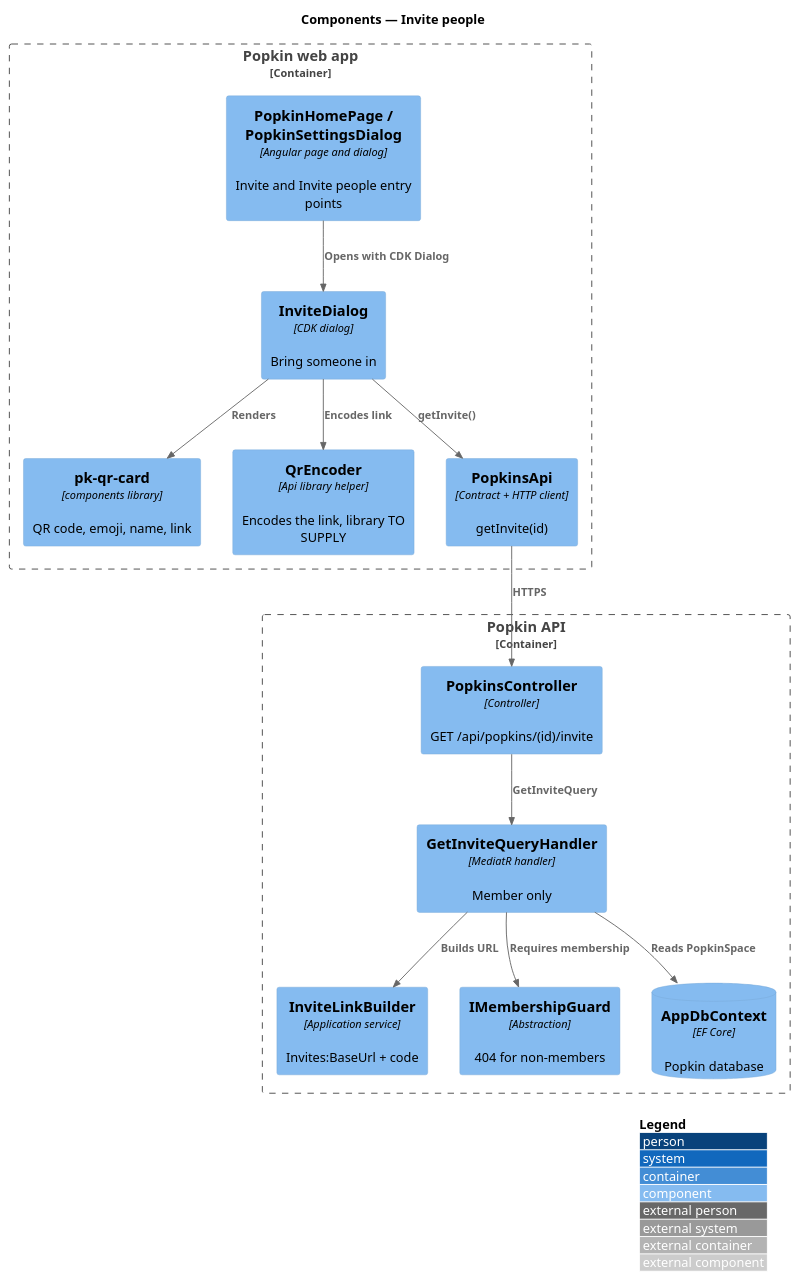
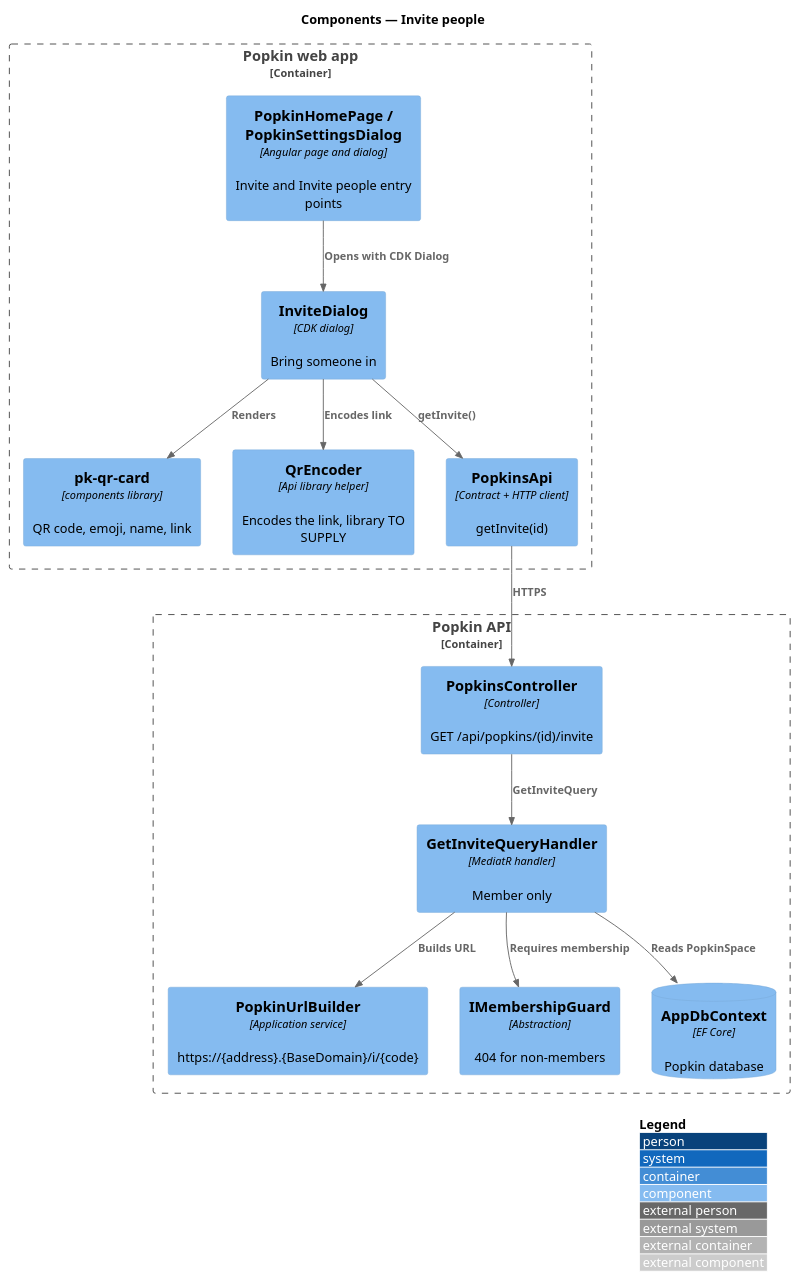
The diagram in docs/detailed-designs/invitations/invite-people/diagrams/c4-component.puml (QuinntyneBrown/popkin), drawn with PlantUML before and after one commit. The commit also changed 71 other files, not shown here.

First line of the commit message:
Design a Popkin's own address

```diff
--- a/docs/detailed-designs/invitations/invite-people/diagrams/c4-component.puml
+++ b/docs/detailed-designs/invitations/invite-people/diagrams/c4-component.puml
@@ -1,29 +1,29 @@
 @startuml
 !include <C4/C4_Component>
 LAYOUT_WITH_LEGEND()
 title Components — Invite people
 
 Container_Boundary(spa, "Popkin web app") {
   Component(home, "PopkinHomePage / PopkinSettingsDialog", "Angular page and dialog", "Invite and Invite people entry points")
   Component(dlg, "InviteDialog", "CDK dialog", "Bring someone in")
   Component(qr, "pk-qr-card", "components library", "QR code, emoji, name, link")
   Component(enc, "QrEncoder", "Api library helper", "Encodes the link, library TO SUPPLY")
   Component(papi, "PopkinsApi", "Contract + HTTP client", "getInvite(id)")
 }
 Container_Boundary(api, "Popkin API") {
   Component(ctrl, "PopkinsController", "Controller", "GET /api/popkins/(id)/invite")
   Component(handler, "GetInviteQueryHandler", "MediatR handler", "Member only")
-  Component(link, "InviteLinkBuilder", "Application service", "Invites:BaseUrl + code")
+  Component(link, "PopkinUrlBuilder", "Application service", "https://{address}.{BaseDomain}/i/{code}")
   Component(guard, "IMembershipGuard", "Abstraction", "404 for non-members")
   ComponentDb(db, "AppDbContext", "EF Core", "Popkin database")
 }
 Rel(home, dlg, "Opens with CDK Dialog")
 Rel(dlg, papi, "getInvite()")
 Rel(dlg, enc, "Encodes link")
 Rel(dlg, qr, "Renders")
 Rel(papi, ctrl, "HTTPS")
 Rel(ctrl, handler, "GetInviteQuery")
 Rel(handler, guard, "Requires membership")
 Rel(handler, link, "Builds URL")
 Rel(handler, db, "Reads PopkinSpace")
 @enduml
```
